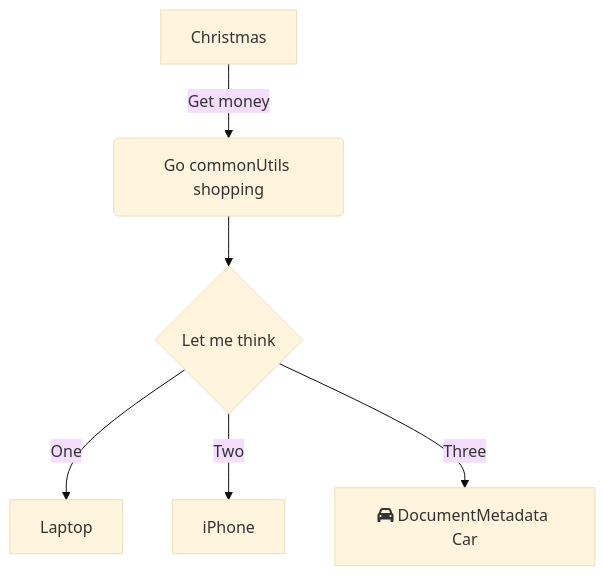
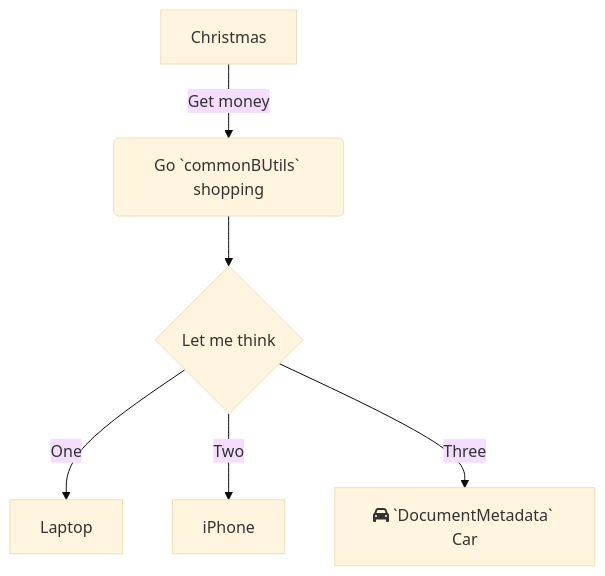
One commit to idoganzer/UTestEx changed the diagram in .swm/ido-holly-test.rjcoj.sw.md. Above: the diagram before and after it, drawn with Mermaid (base theme). The commit also changed other lines of this file, not shown here.

````diff
--- a/.swm/ido-holly-test.rjcoj.sw.md
+++ b/.swm/ido-holly-test.rjcoj.sw.md
@@ -128,8 +127,8 @@
 ```mermaid
 graph TD
-    A[Christmas] -->|Get money| B(Go commonUtils shopping)
-    B --> C{Let me think}
-    C -->|One| D[Laptop]
-    C -->|Two| E[iPhone]
-    C -->|Three| F[fa:fa-car DocumentMetadata Car]
+A[Christmas] -->|Get money| B(Go `commonBUtils` shopping)
+B --> C{Let me think}
+C -->|One| D[Laptop]
+C -->|Two| E[iPhone]
+C -->|Three| F[fa:fa-car `DocumentMetadata` Car]
 ```
````
